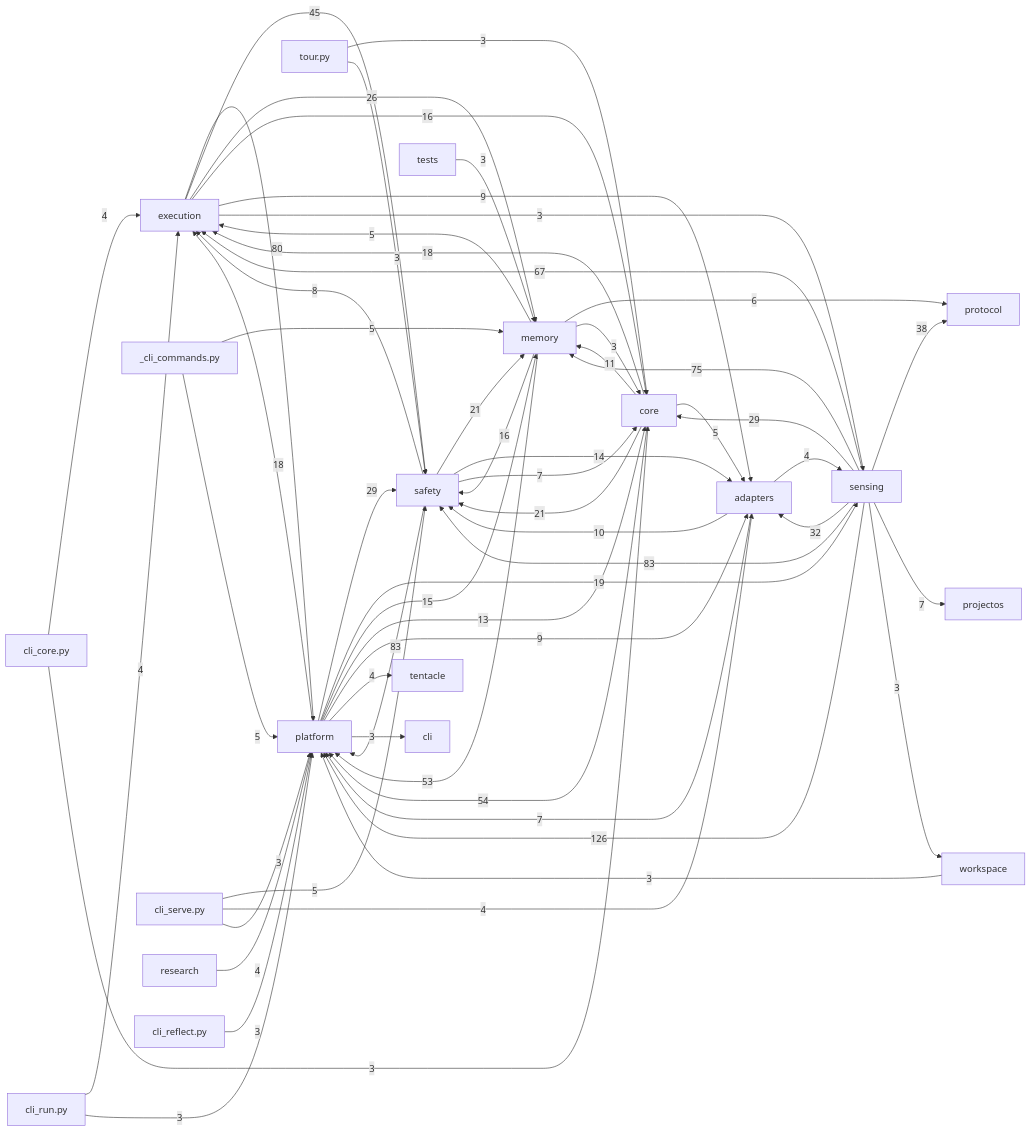
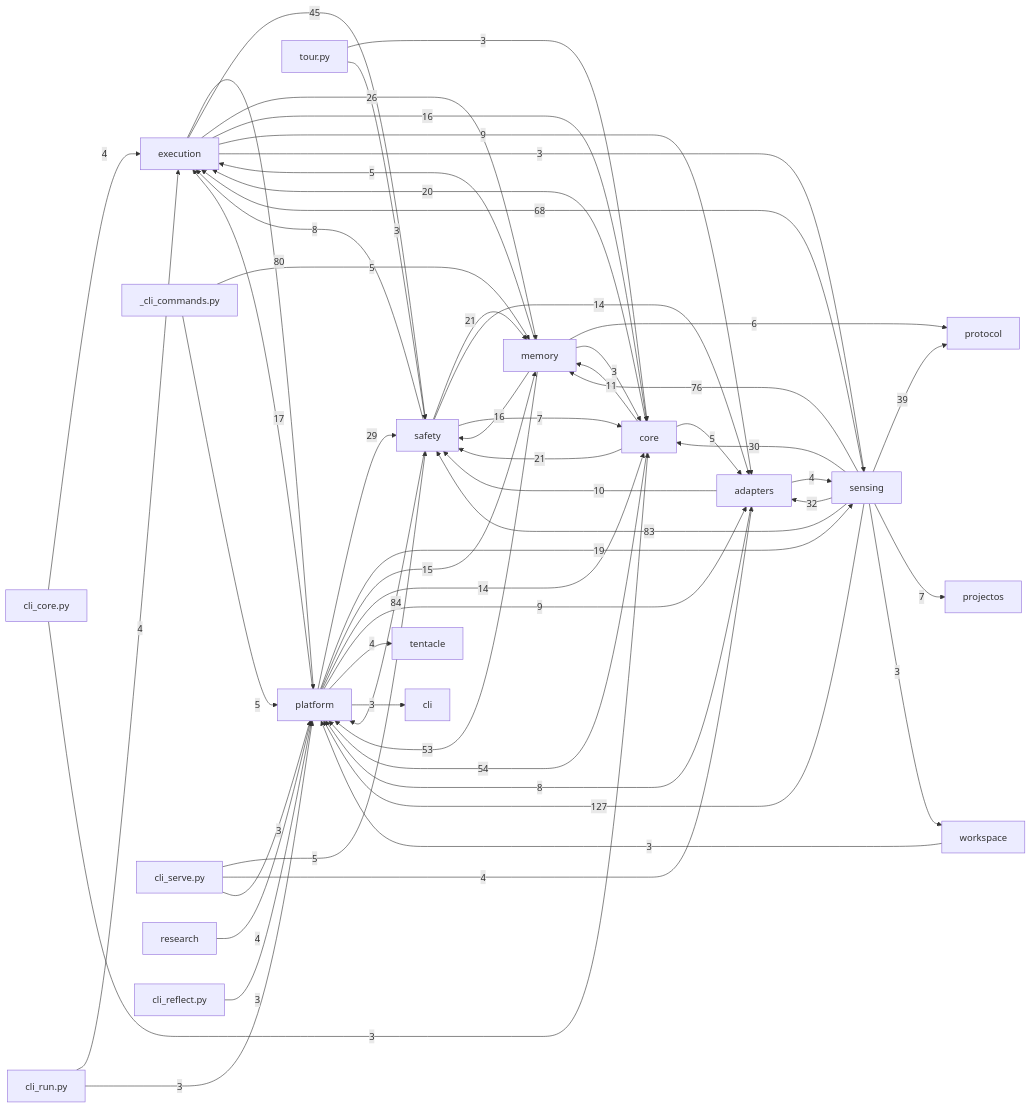
The diagram in docs/auto/20-backend/index.md (dengdenghua/octopus-agent), drawn with Mermaid before and after one commit. The commit also changed 9 other files, not shown here.

````diff
--- a/docs/auto/20-backend/index.md
+++ b/docs/auto/20-backend/index.md
@@ -26,66 +26,65 @@
 ```mermaid
 graph LR
   execution[execution]
   core[core]
   safety[safety]
   memory[memory]
   sensing[sensing]
   adapters[adapters]
   platform[platform]
-  sensing -- 126 --> platform
-  safety -- 83 --> platform
+  sensing -- 127 --> platform
+  safety -- 84 --> platform
   sensing -- 83 --> safety
   execution -- 80 --> platform
-  sensing -- 75 --> memory
-  sensing -- 67 --> execution
+  sensing -- 76 --> memory
+  sensing -- 68 --> execution
   core -- 54 --> platform
   memory -- 53 --> platform
   execution -- 45 --> safety
-  sensing -- 38 --> protocol
+  sensing -- 39 --> protocol
   sensing -- 32 --> adapters
+  sensing -- 30 --> core
   platform -- 29 --> safety
-  sensing -- 29 --> core
   execution -- 26 --> memory
   core -- 21 --> safety
   safety -- 21 --> memory
+  core -- 20 --> execution
   platform -- 19 --> sensing
-  core -- 18 --> execution
-  platform -- 18 --> execution
+  platform -- 17 --> execution
   execution -- 16 --> core
   memory -- 16 --> safety
   platform -- 15 --> memory
+  platform -- 14 --> core
   safety -- 14 --> adapters
-  platform -- 13 --> core
   core -- 11 --> memory
   adapters -- 10 --> safety
   execution -- 9 --> adapters
   platform -- 9 --> adapters
+  adapters -- 8 --> platform
   safety -- 8 --> execution
-  adapters -- 7 --> platform
   safety -- 7 --> core
   sensing -- 7 --> projectos
   memory -- 6 --> protocol
   _cli_commands.py -- 5 --> memory
   _cli_commands.py -- 5 --> platform
   cli_serve.py -- 5 --> safety
   core -- 5 --> adapters
   memory -- 5 --> execution
   adapters -- 4 --> sensing
   cli_core.py -- 4 --> execution
   cli_run.py -- 4 --> execution
   cli_serve.py -- 4 --> adapters
   platform -- 4 --> tentacle
   research -- 4 --> platform
   cli_core.py -- 3 --> core
   cli_reflect.py -- 3 --> platform
   cli_run.py -- 3 --> platform
   cli_serve.py -- 3 --> platform
   execution -- 3 --> sensing
   memory -- 3 --> core
   platform -- 3 --> cli
   sensing -- 3 --> workspace
-  tests -- 3 --> memory
   tour.py -- 3 --> core
   tour.py -- 3 --> safety
   workspace -- 3 --> platform
 ```
````
